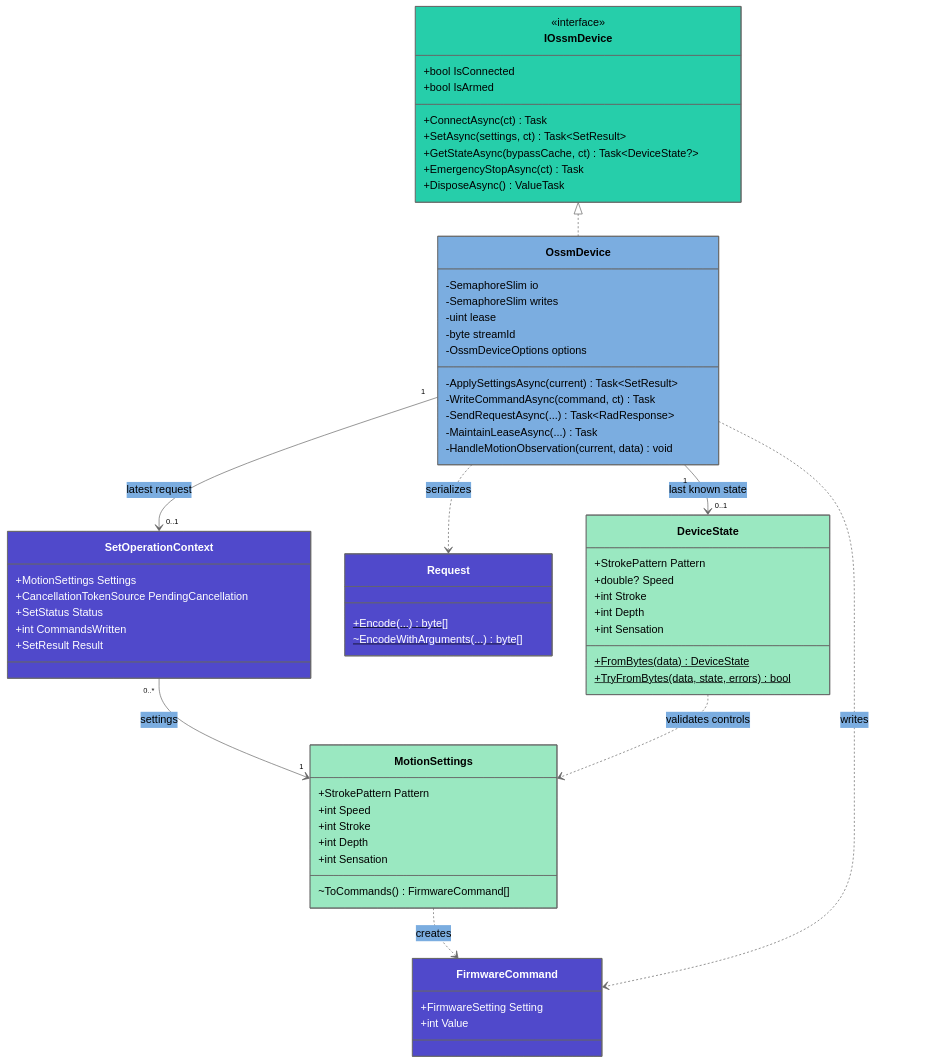
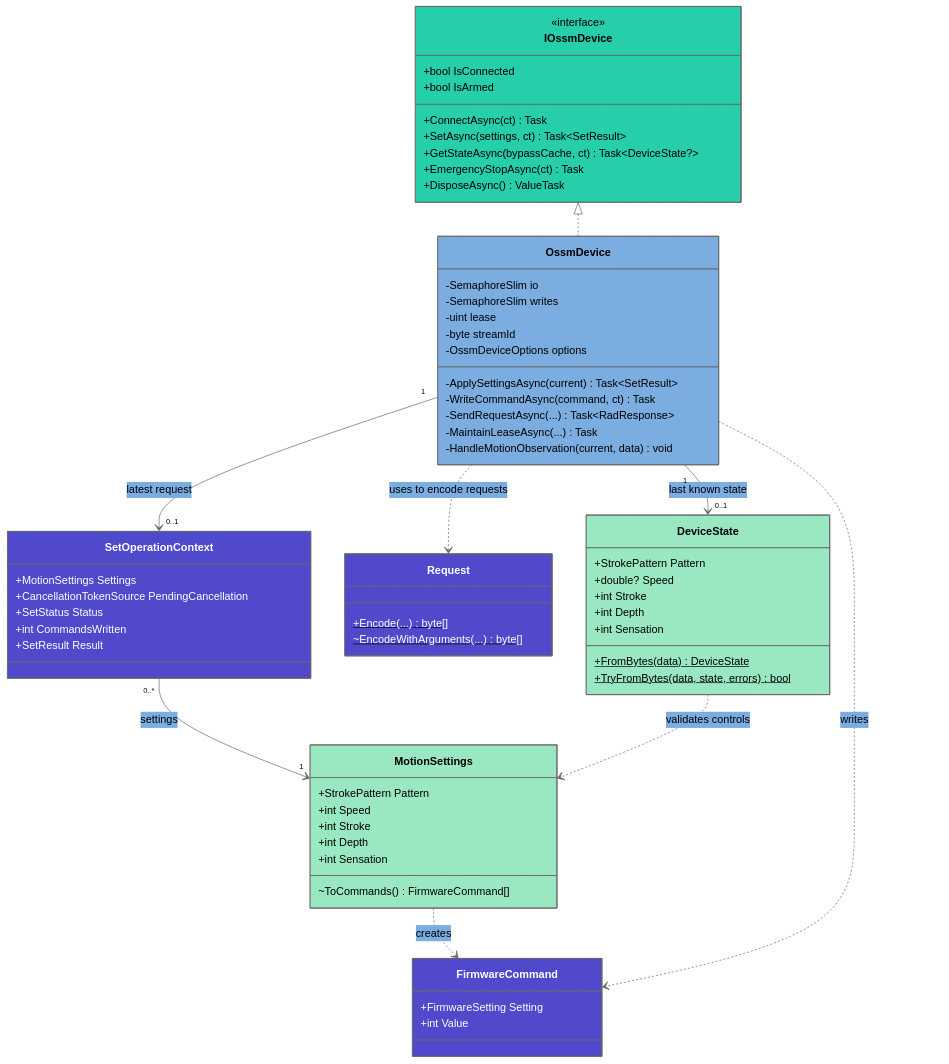
Before and after one commit to OssmSharp/OssmSharp: the second of 2 diagrams in docs/ARCHITECTURE.md, drawn with Mermaid. The commit also changed 36 other files, not shown here.

````diff
--- a/docs/ARCHITECTURE.md
+++ b/docs/ARCHITECTURE.md
@@ -62,83 +62,83 @@
 ```mermaid
 %% Class diagrams need theme CSS for per-source connector and label colors.
 %%{init: {"theme": "base", "themeVariables": {"primaryColor": "#7bade0", "primaryTextColor": "#000000", "primaryBorderColor": "#666666", "lineColor": "#666666", "textColor": "#000000", "edgeLabelBackground": "#f5f5f5"}, "themeCSS": ".root{--diagram-border:#666666}@media(prefers-color-scheme:dark){.root{--diagram-border:#aaaaaa}}.root:is(.vscode-light *,.vscode-high-contrast-light *){--diagram-border:#666666}.root:is(.vscode-dark *,.vscode-high-contrast *){--diagram-border:#aaaaaa}.node path,.divider{stroke:var(--diagram-border)!important}[id*=-id_OssmDevice_],[id*=-id_IOssmDevice_OssmDevice_],[data-id^=id_OssmDevice_],.runtimeEdge{--edge-color:#7bade0;--edge-text:#000000}[id*=-id_SetOperationContext_],[data-id^=id_SetOperationContext_],.protocolEdge{--edge-color:#5049cb;--edge-text:#ffffff}[id*=-id_MotionSettings_],[id*=-id_DeviceState_],[data-id^=id_MotionSettings_],[data-id^=id_DeviceState_]{--edge-color:#9ae8c1;--edge-text:#000000}.relation{stroke:var(--edge-color)!important}[data-id] .labelBkg,[data-id] .edgeLabel,[data-id] .edgeLabel p,.runtimeEdge,.protocolEdge{background-color:var(--edge-color)!important}[data-id] .edgeLabel p,.runtimeEdge,.protocolEdge{color:var(--edge-text)!important}.edgeTerminals p{background-color:transparent!important}marker path{stroke:context-stroke!important}marker[id*=dependency] path{fill:context-stroke!important}"}}%%
 classDiagram
     direction TB
 
     class IOssmDevice:::contract {
         <<interface>>
         +bool IsConnected
         +bool IsArmed
         +ConnectAsync(ct) Task
         +SetAsync(settings, ct) Task~SetResult~
         +GetStateAsync(bypassCache, ct) Task~DeviceState?~
         +EmergencyStopAsync(ct) Task
         +DisposeAsync() ValueTask
     }
 
     class OssmDevice:::runtime {
         -SemaphoreSlim io
         -SemaphoreSlim writes
         -uint lease
         -byte streamId
         -OssmDeviceOptions options
         -ApplySettingsAsync(current) Task~SetResult~
         -WriteCommandAsync(command, ct) Task
         -SendRequestAsync(...) Task~RadResponse~
         -MaintainLeaseAsync(...) Task
         -HandleMotionObservation(current, data) void
     }
 
     class SetOperationContext:::protocol {
         +MotionSettings Settings
         +CancellationTokenSource PendingCancellation
         +SetStatus Status
         +int CommandsWritten
         +SetResult Result
     }
 
     class MotionSettings:::model {
         +StrokePattern Pattern
         +int Speed
         +int Stroke
         +int Depth
         +int Sensation
         ~ToCommands() FirmwareCommand[]
     }
 
     class FirmwareCommand:::protocol {
         +FirmwareSetting Setting
         +int Value
     }
 
     class Request:::protocol {
         +Encode(...) byte[]$
         ~EncodeWithArguments(...) byte[]$
     }
 
     class DeviceState:::model {
         +StrokePattern Pattern
         +double? Speed
         +int Stroke
         +int Depth
         +int Sensation
         +FromBytes(data) DeviceState$
         +TryFromBytes(data, state, errors) bool$
     }
 
     IOssmDevice <|.. OssmDevice
     %% Multiplicity labels need spans because the renderer does not attach source IDs to them.
     OssmDevice "<span class=runtimeEdge>1</span>" --> "<span class=runtimeEdge>0..1</span>" SetOperationContext : latest request
     SetOperationContext "<span class=protocolEdge>0..*</span>" --> "<span class=protocolEdge>1</span>" MotionSettings : settings
     OssmDevice "<span class=runtimeEdge>1</span>" --> "<span class=runtimeEdge>0..1</span>" DeviceState : last known state
     MotionSettings ..> FirmwareCommand : creates
     OssmDevice ..> FirmwareCommand : writes
-    OssmDevice ..> Request : serializes
+    OssmDevice ..> Request : uses to encode requests
     DeviceState ..> MotionSettings : validates controls
 
     classDef contract fill:#26ceaa,color:#000000
     classDef runtime fill:#7bade0,color:#000000
     classDef model fill:#9ae8c1,color:#000000
     classDef protocol fill:#5049cb,color:#ffffff
 
 ```
````
